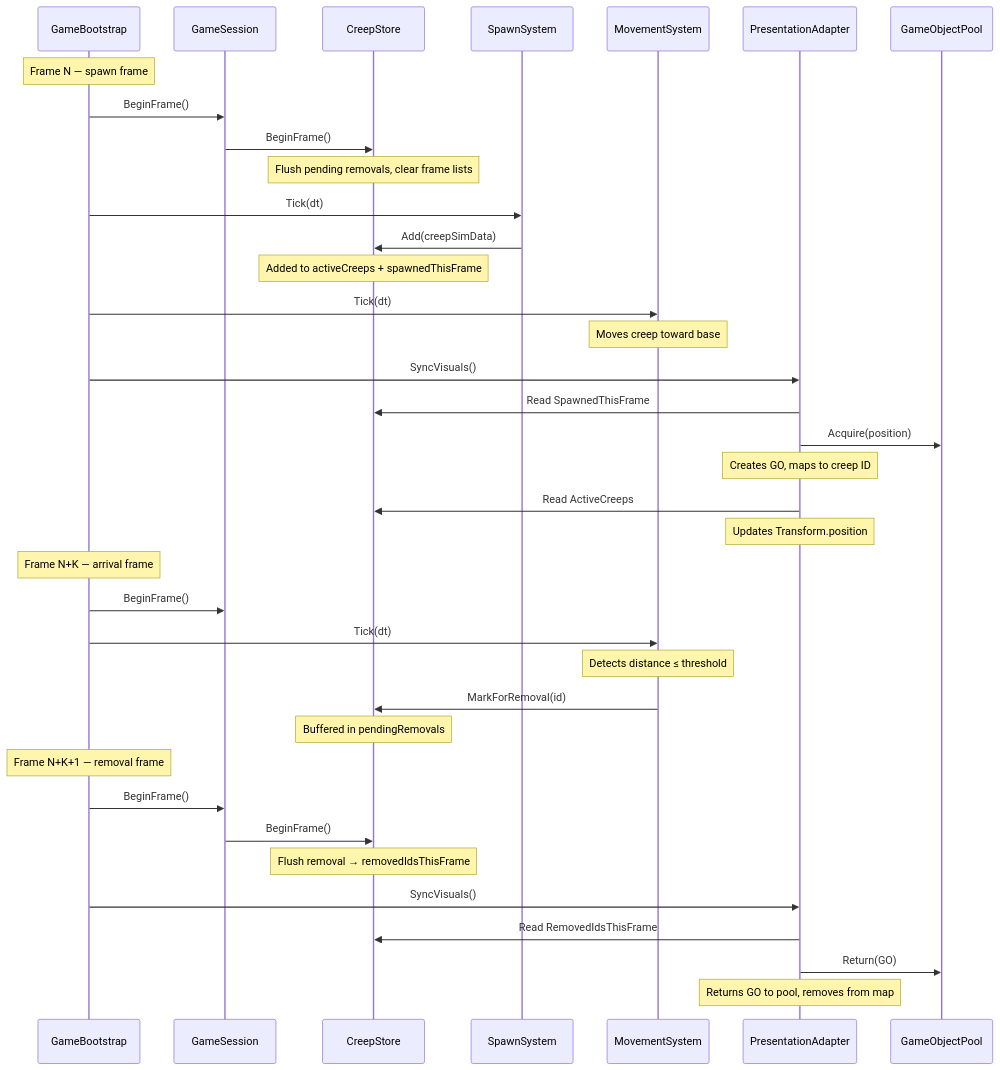
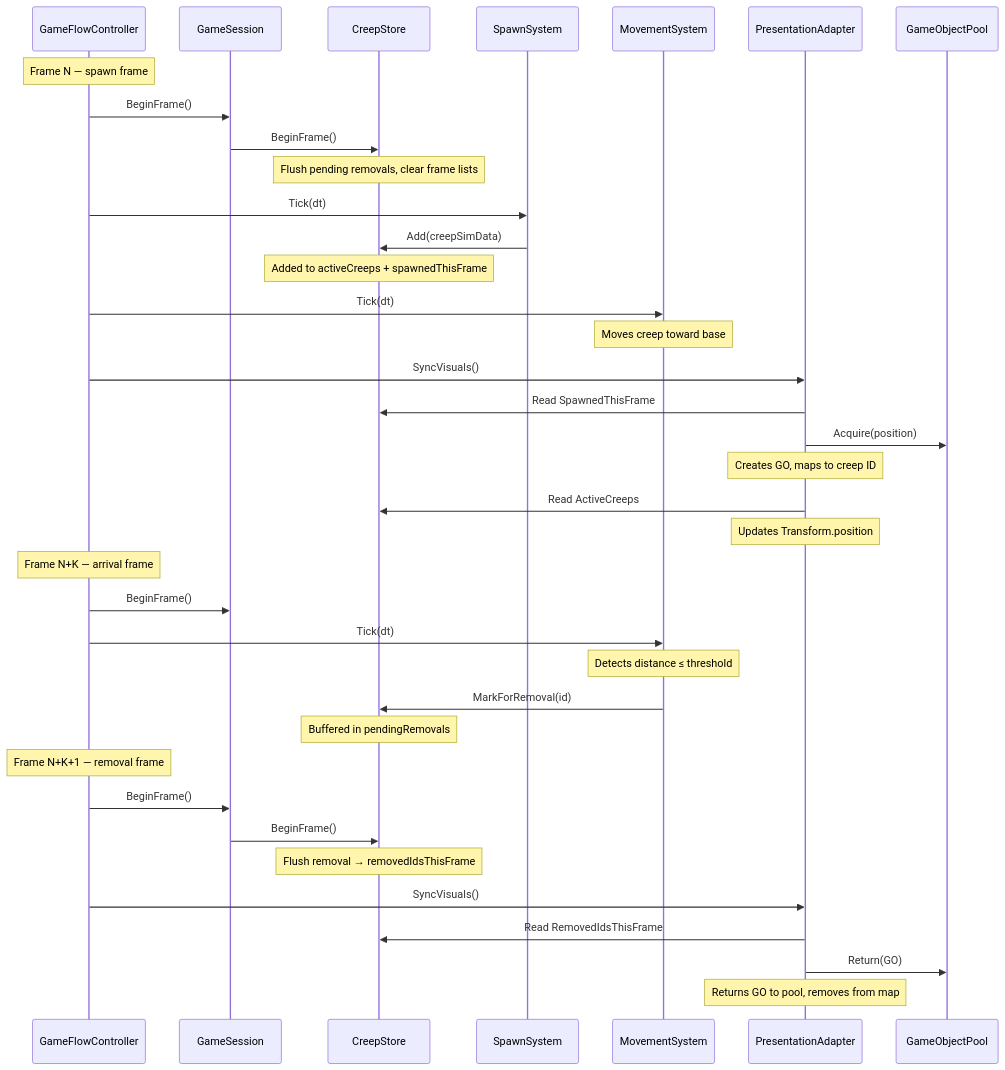
Before and after one commit to Number10Ox/MorlocsTowerDefense: the seventh of 13 diagrams in Docs/Architecture-Diagrams.md, drawn with Mermaid. The commit also changed other lines of this file and 140 other files, not shown here.

First line of the commit message:
Refactor: extract GameUiCoordinator, rename to GameFlowController, restructure folders

````diff
--- a/Docs/Architecture-Diagrams.md
+++ b/Docs/Architecture-Diagrams.md
@@ -491,50 +502,50 @@
 ```mermaid
 sequenceDiagram
-    participant Bootstrap as GameBootstrap
+    participant Bootstrap as GameFlowController
     participant Session as GameSession
     participant Store as CreepStore
     participant Spawn as SpawnSystem
     participant Move as MovementSystem
     participant Pres as PresentationAdapter
     participant Pool as GameObjectPool
 
     Note over Bootstrap: Frame N — spawn frame
 
     Bootstrap->>Session: BeginFrame()
     Session->>Store: BeginFrame()
     Note over Store: Flush pending removals‚ clear frame lists
 
     Bootstrap->>Spawn: Tick(dt)
     Spawn->>Store: Add(creepSimData)
     Note over Store: Added to activeCreeps + spawnedThisFrame
 
     Bootstrap->>Move: Tick(dt)
     Note over Move: Moves creep toward base
 
     Bootstrap->>Pres: SyncVisuals()
     Pres->>Store: Read SpawnedThisFrame
     Pres->>Pool: Acquire(position)
     Note over Pres: Creates GO‚ maps to creep ID
 
     Pres->>Store: Read ActiveCreeps
     Note over Pres: Updates Transform.position
 
     Note over Bootstrap: Frame N+K — arrival frame
 
     Bootstrap->>Session: BeginFrame()
     Bootstrap->>Move: Tick(dt)
     Note over Move: Detects distance ≤ threshold
     Move->>Store: MarkForRemoval(id)
     Note over Store: Buffered in pendingRemovals
 
     Note over Bootstrap: Frame N+K+1 — removal frame
 
     Bootstrap->>Session: BeginFrame()
     Session->>Store: BeginFrame()
     Note over Store: Flush removal → removedIdsThisFrame
 
     Bootstrap->>Pres: SyncVisuals()
     Pres->>Store: Read RemovedIdsThisFrame
     Pres->>Pool: Return(GO)
     Note over Pres: Returns GO to pool‚ removes from map
 ```
````
